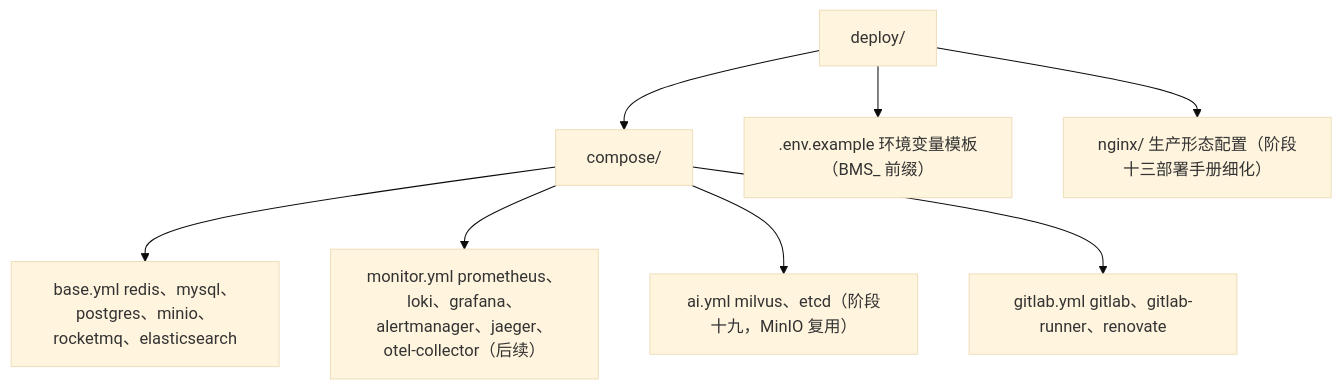
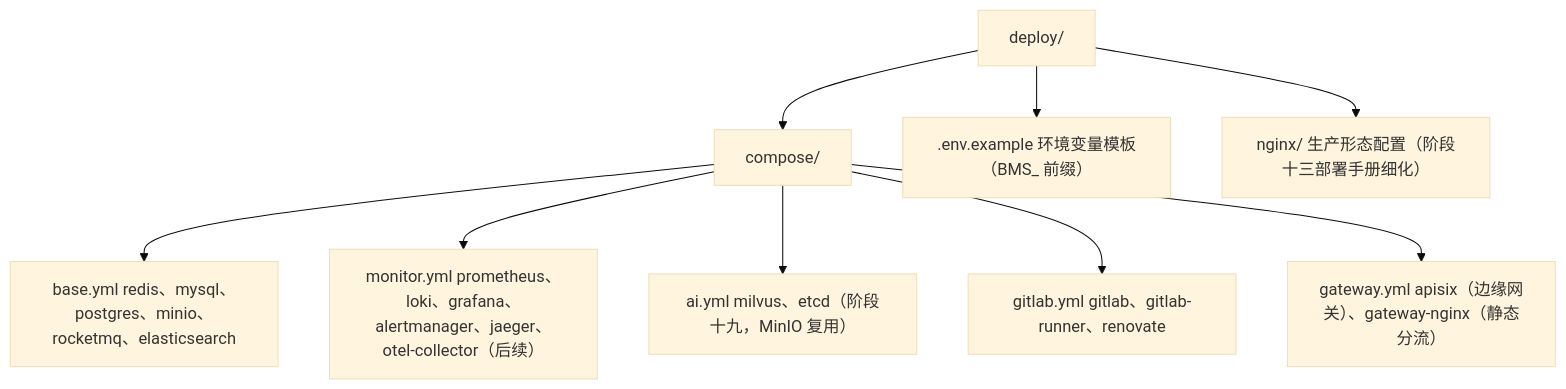
The diagram in bms文档/规划/开发部署规划.md (minjian123/basic-management-system), drawn with Mermaid (base theme) before and after one commit. The commit also changed other lines of this file and 4 other files, not shown here.

Commit message:
docs(04_01): 边缘网关部署实录（APISIX/nginx 部署说明 + 总览与开发部署规划登记）

````diff
--- a/bms文档/规划/开发部署规划.md
+++ b/bms文档/规划/开发部署规划.md
@@ -139,10 +141,11 @@
 ```mermaid
 graph TD
     A["deploy/"] --> B["compose/"]
     B --> B1["base.yml redis、mysql、postgres、minio、rocketmq、elasticsearch"]
     B --> B2["monitor.yml prometheus、loki、grafana、alertmanager、jaeger、otel-collector（后续）"]
     B --> B3["ai.yml milvus、etcd（阶段十九，MinIO 复用）"]
     B --> B4["gitlab.yml gitlab、gitlab-runner、renovate"]
+    B --> B5["gateway.yml apisix（边缘网关）、gateway-nginx（静态分流）"]
     A --> C[".env.example 环境变量模板（BMS_ 前缀）"]
     A --> D["nginx/ 生产形态配置（阶段十三部署手册细化）"]
 ```
````
